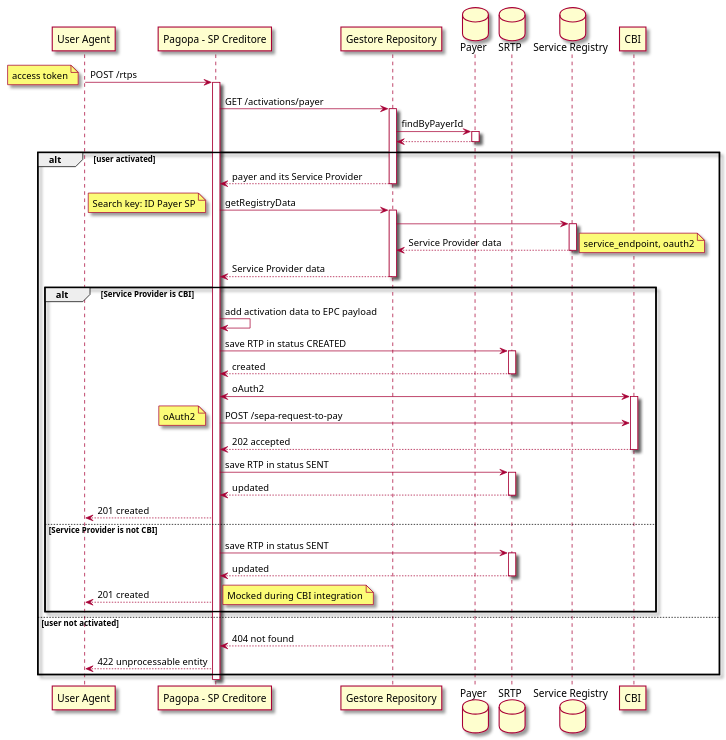
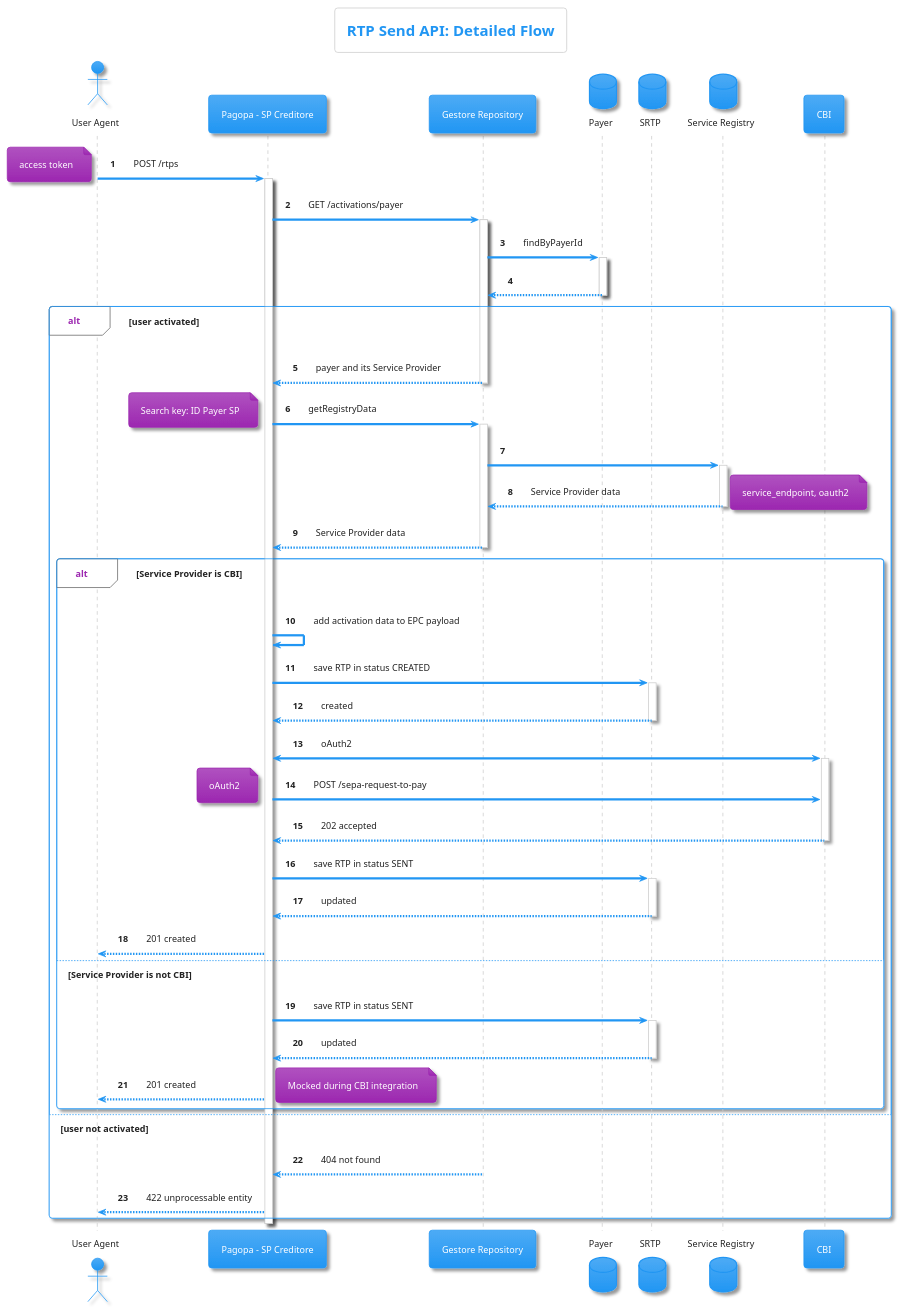
The diagram in diagrams/send.puml (pagopa/rtp-docs), drawn with PlantUML before and after one commit. The commit also changed 13 other files, not shown here.

First line of the commit message:
[SRTP-798]: Update plum schemas. (#25)

```diff
--- a/diagrams/send.puml
+++ b/diagrams/send.puml
@@ -1,85 +1,90 @@
 @startuml
+' PlantUML Diagram for RTP Send API
+' Title: Detailed RTP Send Sequence Diagram
+' Version: 1.0.0
+' Description: This diagram shows the detailed internal process for creating 
+'              and sending a new RTP from a pagoPa notice.
 
-skin rose
-participant "User Agent" as UA
+!theme materia
+
+title RTP Send API: Detailed Flow
+
+actor "User Agent" as UA
 participant "Pagopa - SP Creditore" as SPC
 participant "Gestore Repository" as GR
 database "Payer" as Payer
 database "SRTP" as SRTP
 database "Service Registry" as SR
 participant "CBI" as SPD
+
+autonumber
 
 UA -> SPC: POST /rtps
 note left: access token
 activate SPC
 
 SPC -> GR: GET /activations/payer
 activate GR
 GR -> Payer: findByPayerId
 activate Payer
 Payer --> GR
 deactivate Payer
+
 alt user activated
-GR --> SPC: payer and its Service Provider
-deactivate GR
+    GR --> SPC: payer and its Service Provider
+    deactivate GR
 
-SPC -> GR: getRegistryData
-note left: Search key: ID Payer SP
-activate GR
-GR -> SR
-activate SR
-SR --> GR: Service Provider data
-note right: service_endpoint, oauth2
-deactivate SR
-GR --> SPC: Service Provider data
-deactivate GR
+    SPC -> GR: getRegistryData
+    note left: Search key: ID Payer SP
+    activate GR
+    GR -> SR
+    activate SR
+    SR --> GR: Service Provider data
+    note right: service_endpoint, oauth2
+    deactivate SR
+    GR --> SPC: Service Provider data
+    deactivate GR
 
+    alt Service Provider is CBI
+        SPC -> SPC: add activation data to EPC payload
 
-alt Service Provider is CBI
+        SPC -> SRTP: save RTP in status CREATED
+        activate SRTP
+        SRTP --> SPC: created
+        deactivate SRTP
 
-SPC -> SPC: add activation data to EPC payload
+        SPC <-> SPD: oAuth2
+        activate SPD
 
-SPC -> SRTP: save RTP in status CREATED
-activate SRTP
-SRTP --> SPC: created
-deactivate SRTP
+        SPC -> SPD: POST /sepa-request-to-pay
+        note left: oAuth2
+        SPD --> SPC: 202 accepted
+        deactivate SPD
 
-SPC <-> SPD: oAuth2
-activate SPD
+        SPC -> SRTP: save RTP in status SENT
+        activate SRTP
+        SRTP --> SPC: updated
+        deactivate SRTP
 
-SPC -> SPD: POST /sepa-request-to-pay
-note left: oAuth2
-SPD --> SPC: 202 accepted
-deactivate SPD
+        SPC --> UA: 201 created
 
-SPC -> SRTP: save RTP in status SENT
-activate SRTP
-SRTP --> SPC: updated
-deactivate SRTP
+    else Service Provider is not CBI
+        SPC -> SRTP: save RTP in status SENT
+        activate SRTP
+        SRTP --> SPC: updated
+        deactivate SRTP
 
-SPC --> UA: 201 created
-
-else Service Provider is not CBI
-
-SPC -> SRTP: save RTP in status SENT
-activate SRTP
-SRTP --> SPC: updated
-deactivate SRTP
-
-SPC --> UA: 201 created
-note right: Mocked during CBI integration
-
-end
+        SPC --> UA: 201 created
+        note right: Mocked during CBI integration
+    end
 
 else user not activated
-
-activate GR
-GR --> SPC: 404 not found
-deactivate GR
-SPC --> UA: 422 unprocessable entity
-
+    activate GR
+    GR --> SPC: 404 not found
+    deactivate GR
+    SPC --> UA: 422 unprocessable entity
 end
 
 deactivate SPC
 
 @enduml
```
